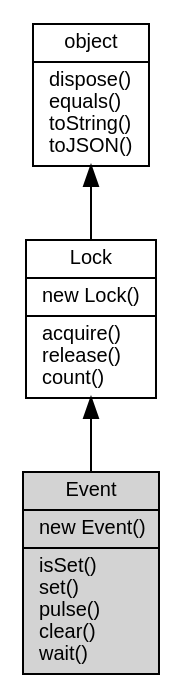
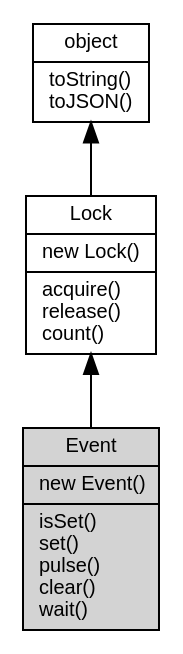
One commit to asionius/fibjs-ceph changed the diagram in docs/object/ifs/Event.md. Above: the diagram before and after it, drawn with Graphviz. The commit also changed other lines of this file and 138 other files, not shown here.

````diff
--- a/docs/object/ifs/Event.md
+++ b/docs/object/ifs/Event.md
@@ -7,12 +7,12 @@
 ```dot
 digraph {
     node [fontname="Helvetica,sans-Serif", fontsize=10, shape="record", style="filled", fillcolor="white"];
 
-    object [tooltip="object", URL="object.md", label="{object|dispose()\lequals()\ltoString()\ltoJSON()\l}"];
+    object [tooltip="object", URL="object.md", label="{object|toString()\ltoJSON()\l}"];
     Lock [tooltip="Lock", URL="Lock.md", label="{Lock|new Lock()\l|acquire()\lrelease()\lcount()\l}"];
-    Event [tooltip="Event", fillcolor="lightgray", label="{Event|new Event()\l|isSet()\lset()\lpulse()\lclear()\lwait()\l}"];
+    Event [tooltip="Event", fillcolor="lightgray", id="me", label="{Event|new Event()\l|isSet()\lset()\lpulse()\lclear()\lwait()\l}"];
 
     object -> Lock [dir=back];
     Lock -> Event [dir=back];
 }
 ```
````
